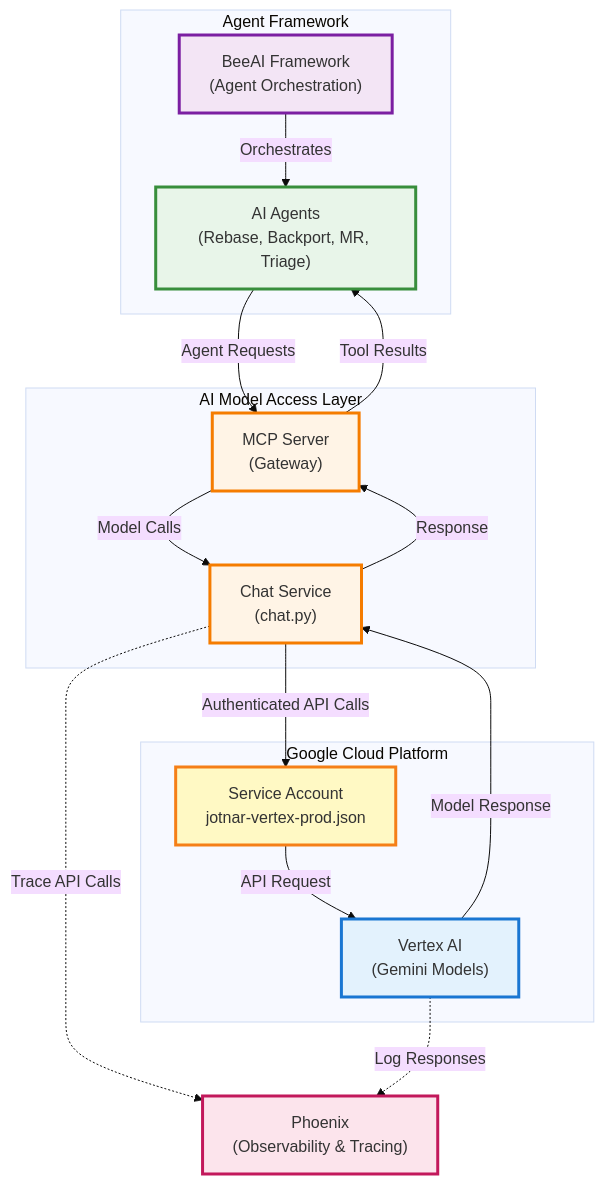
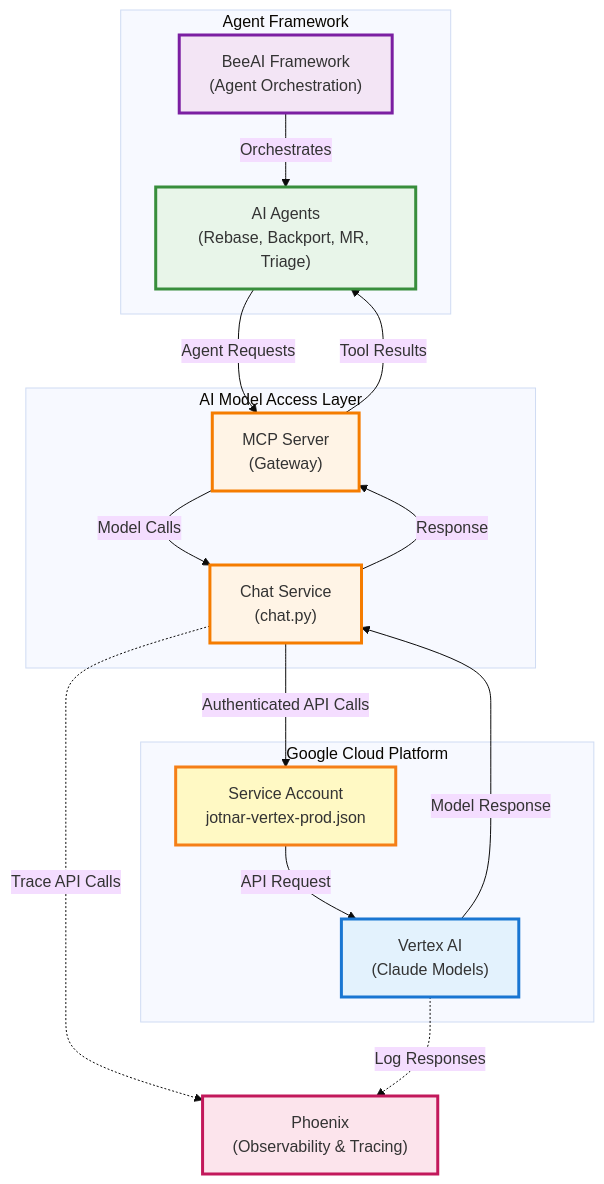
One commit to packit/ai-workflows changed the first of 3 diagrams in ai_providers_data_flow.md. Above: the diagram before and after it, drawn with Mermaid (base theme). The commit also changed other lines of this file and 4 other files, not shown here.

````diff
--- a/ai_providers_data_flow.md
+++ b/ai_providers_data_flow.md
@@ -7,39 +7,39 @@
 ```mermaid
 graph TD
     subgraph "Agent Framework"
         BEEAI["BeeAI Framework<br/>(Agent Orchestration)"]
         AGENTS["AI Agents<br/>(Rebase, Backport, MR, Triage)"]
     end
 
     subgraph "AI Model Access Layer"
         MCP["MCP Server<br/>(Gateway)"]
         CHAT["Chat Service<br/>(chat.py)"]
     end
 
     subgraph "Google Cloud Platform"
-        VERTEX["Vertex AI<br/>(Gemini Models)"]
+        VERTEX["Vertex AI<br/>(Claude Models)"]
         GCP_AUTH["Service Account<br/>jotnar-vertex-prod.json"]
     end
 
     PHOENIX["Phoenix<br/>(Observability & Tracing)"]
 
     BEEAI -->|"Orchestrates"| AGENTS
     AGENTS -->|"Agent Requests"| MCP
     MCP -->|"Model Calls"| CHAT
     CHAT -->|"Authenticated API Calls"| GCP_AUTH
     GCP_AUTH -->|"API Request"| VERTEX
     VERTEX -->|"Model Response"| CHAT
     CHAT -->|"Response"| MCP
     MCP -->|"Tool Results"| AGENTS
 
     CHAT -.->|"Trace API Calls"| PHOENIX
     VERTEX -.->|"Log Responses"| PHOENIX
 
     style BEEAI fill:#f3e5f5,stroke:#7b1fa2,stroke-width:3px
     style AGENTS fill:#e8f5e9,stroke:#388e3c,stroke-width:3px
     style MCP fill:#fff4e6,stroke:#f57c00,stroke-width:3px
     style CHAT fill:#fff4e6,stroke:#f57c00,stroke-width:3px
     style VERTEX fill:#e3f2fd,stroke:#1976d2,stroke-width:3px
     style GCP_AUTH fill:#fff9c4,stroke:#f57f17,stroke-width:3px
     style PHOENIX fill:#fce4ec,stroke:#c2185b,stroke-width:3px
 ```
````
